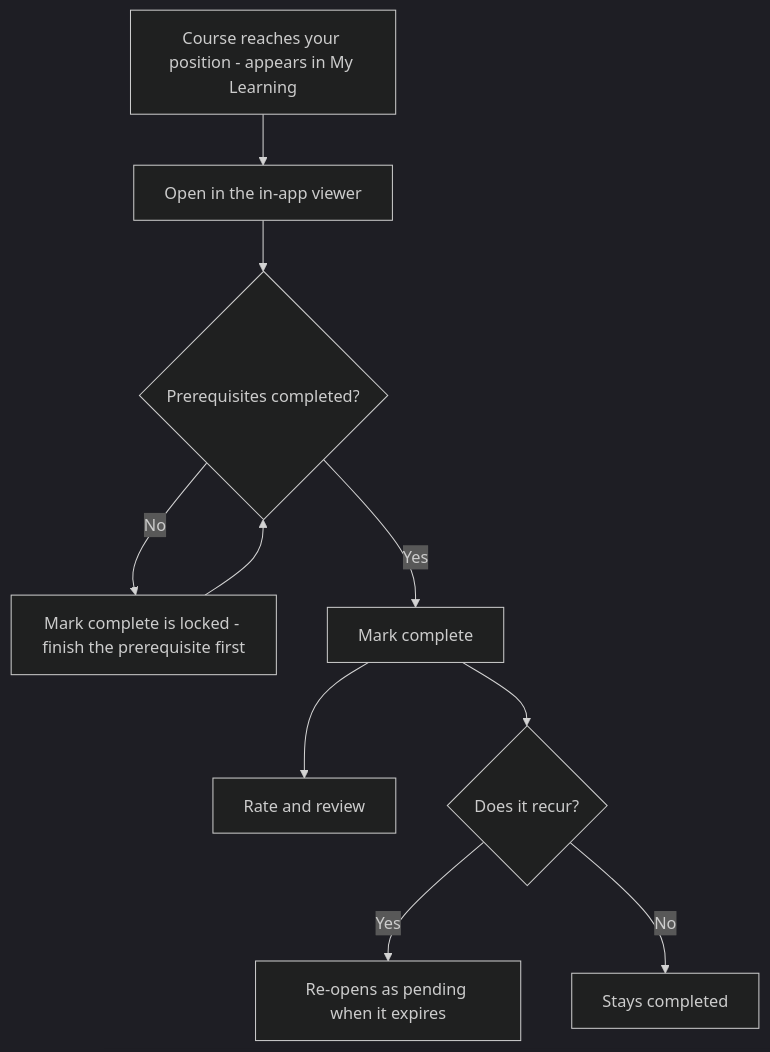
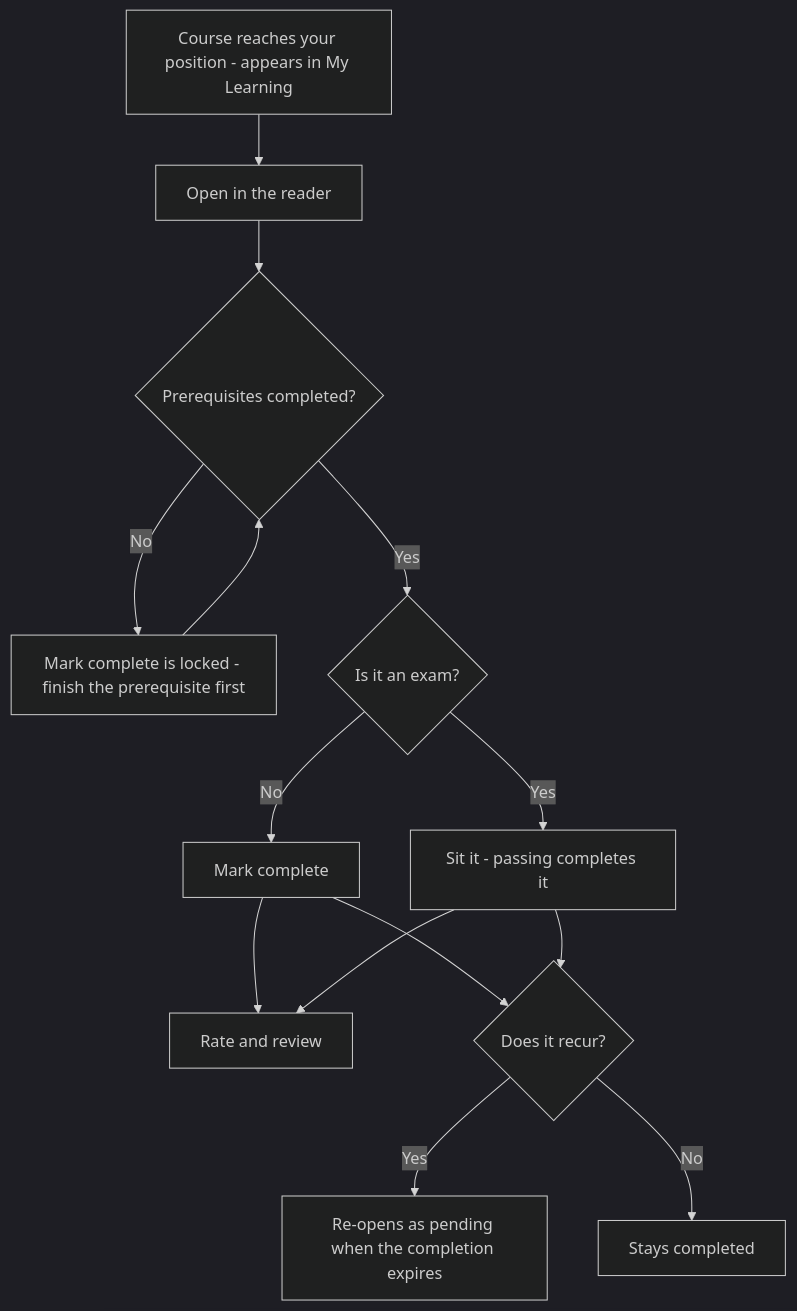
Before and after one commit to ignitelogic1519/Organisation-Knowledge-Vault: diagram 12 of 53 in apps/web/public/guide/Knowledge-Vault-Main-Guide-Book.md, drawn with Mermaid (dark theme). The commit also changed other lines of this file and 31 other files, not shown here.

````diff
--- a/apps/web/public/guide/Knowledge-Vault-Main-Guide-Book.md
+++ b/apps/web/public/guide/Knowledge-Vault-Main-Guide-Book.md
@@ -1589,12 +2609,16 @@
 ```mermaid
 flowchart TD
-    A["Course reaches your position - appears in My Learning"] --> B["Open in the in-app viewer"]
+    A["Course reaches your position - appears in My Learning"] --> B["Open in the reader"]
     B --> C{"Prerequisites completed?"}
     C -->|No| D["Mark complete is locked - finish the prerequisite first"]
     D --> C
-    C -->|Yes| E["Mark complete"]
-    E --> F["Rate and review"]
-    E --> G{"Does it recur?"}
-    G -->|Yes| H["Re-opens as pending when it expires"]
-    G -->|No| I["Stays completed"]
+    C -->|Yes| E{"Is it an exam?"}
+    E -->|No| F["Mark complete"]
+    E -->|Yes| G["Sit it - passing completes it"]
+    F --> H["Rate and review"]
+    G --> H
+    F --> I{"Does it recur?"}
+    G --> I
+    I -->|Yes| J["Re-opens as pending when the completion expires"]
+    I -->|No| K["Stays completed"]
 ```
````
